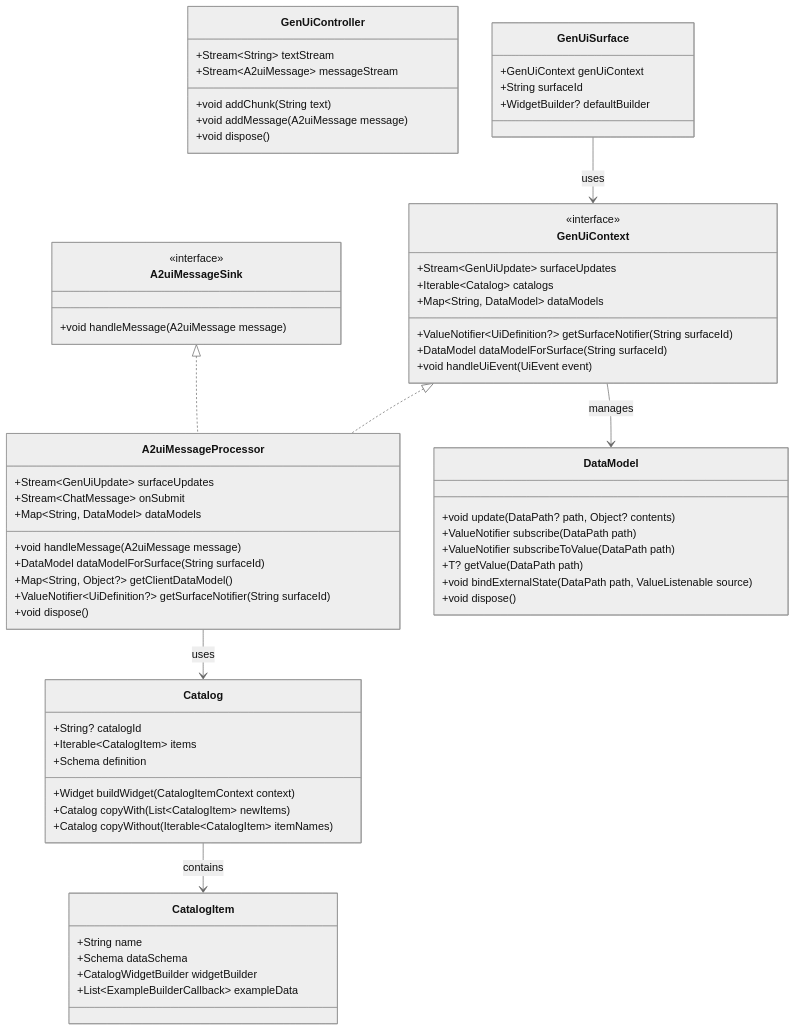
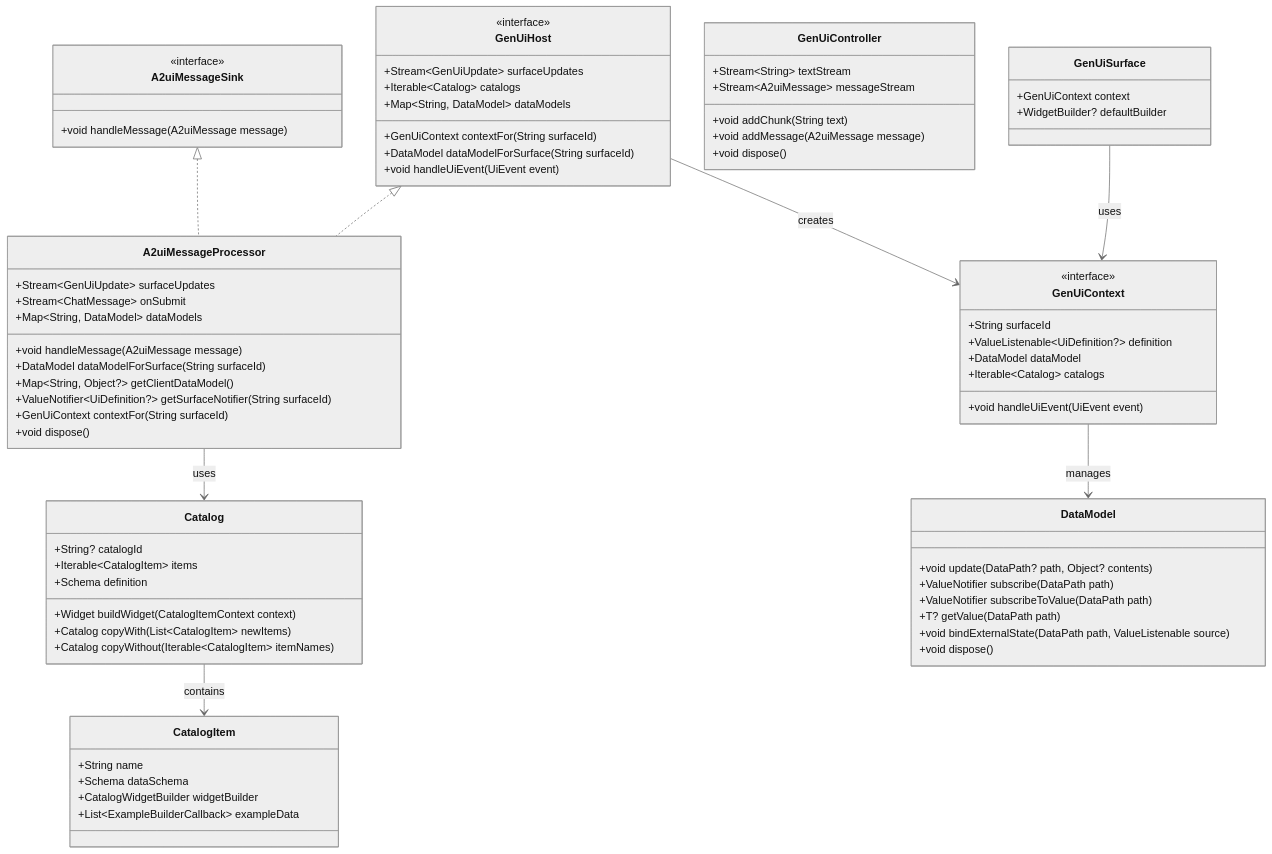
The diagram in packages/genui/docs/guide.md (polina-c/genui), drawn with Mermaid (neutral theme) before and after one commit. The commit also changed other lines of this file and 38 other files, not shown here.

First line of the commit message:
feat(genui)!: refactor GenUiContext to be surface-scoped

````diff
--- a/packages/genui/docs/guide.md
+++ b/packages/genui/docs/guide.md
@@ -22,12 +22,21 @@
 ```mermaid
 classDiagram
-    class GenUiContext {
+    class GenUiHost {
         <<interface>>
         +Stream~GenUiUpdate~ surfaceUpdates
-        +ValueNotifier~UiDefinition?~ getSurfaceNotifier(String surfaceId)
+        +GenUiContext contextFor(String surfaceId)
         +Iterable~Catalog~ catalogs
         +Map~String, DataModel~ dataModels
         +DataModel dataModelForSurface(String surfaceId)
+        +void handleUiEvent(UiEvent event)
+    }
+
+    class GenUiContext {
+        <<interface>>
+        +String surfaceId
+        +ValueListenable~UiDefinition?~ definition
+        +DataModel dataModel
+        +Iterable~Catalog~ catalogs
         +void handleUiEvent(UiEvent event)
     }
 
@@ -44,6 +53,7 @@
         +DataModel dataModelForSurface(String surfaceId)
         +Map~String, Object?~ getClientDataModel()
         +ValueNotifier~UiDefinition?~ getSurfaceNotifier(String surfaceId)
+        +GenUiContext contextFor(String surfaceId)
         +void dispose()
     }
 
@@ -56,8 +66,7 @@
     }
 
     class GenUiSurface {
-        +GenUiContext genUiContext
-        +String surfaceId
+        +GenUiContext context
         +WidgetBuilder? defaultBuilder
     }
 
@@ -86,9 +95,10 @@
         +void dispose()
     }
 
-    GenUiContext <|.. A2uiMessageProcessor
+    GenUiHost <|.. A2uiMessageProcessor
     A2uiMessageSink <|.. A2uiMessageProcessor
     GenUiSurface --> GenUiContext : uses
+    GenUiHost --> GenUiContext : creates
     A2uiMessageProcessor --> Catalog : uses
     Catalog --> CatalogItem : contains
     GenUiContext --> DataModel : manages
````
